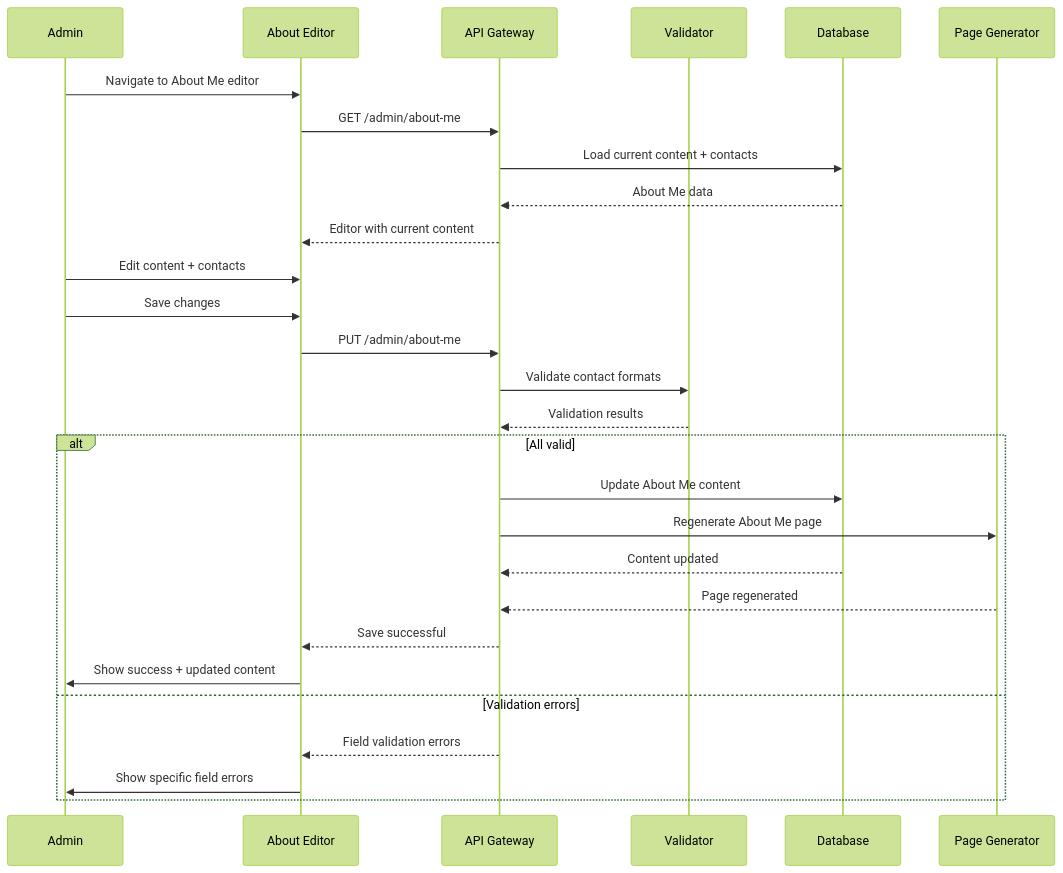
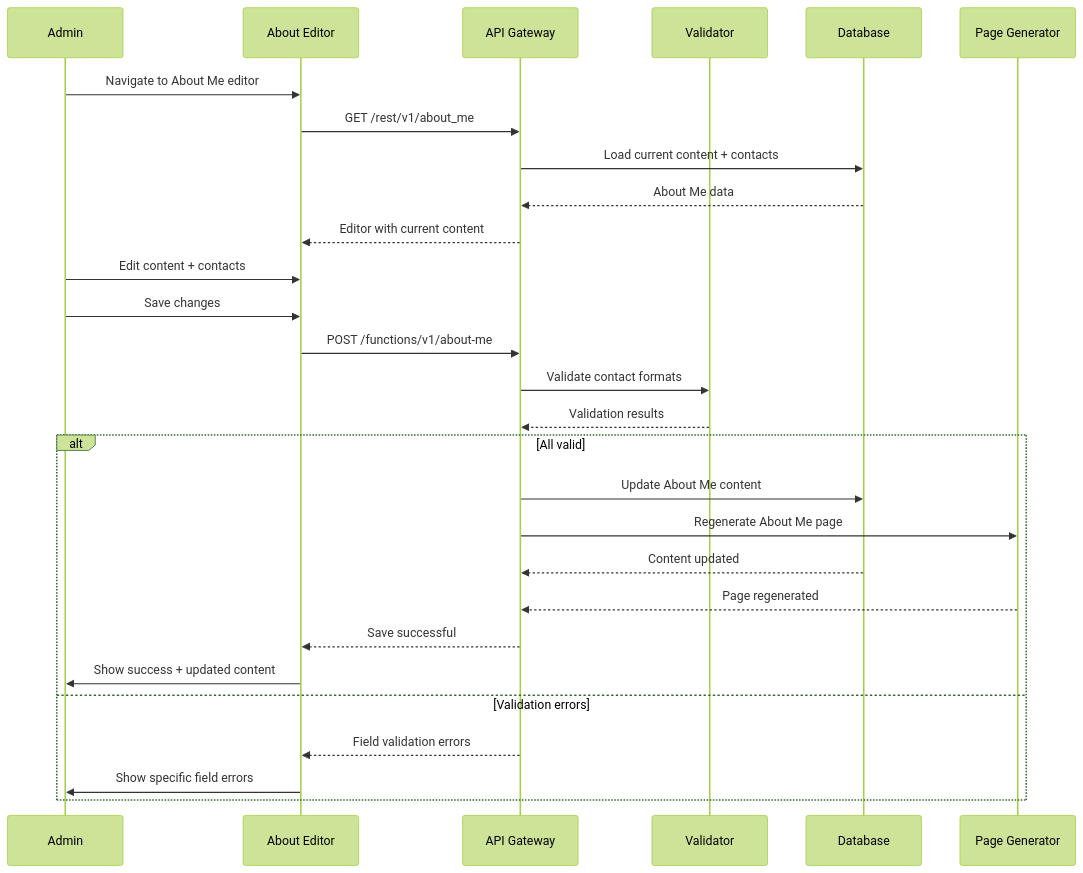
The fourth of 7 diagrams in prd/08-admin-settings.md (jkjan/nowhereland), drawn with Mermaid (forest theme) before and after one commit. The commit also changed other lines of this file and 18 other files, not shown here.

````diff
--- a/prd/08-admin-settings.md
+++ b/prd/08-admin-settings.md
@@ -362,34 +362,34 @@
 ```mermaid
 sequenceDiagram
     participant A as Admin
     participant UI as About Editor
     participant API as API Gateway
     participant VALID as Validator
     participant DB as Database
     participant PAGE as Page Generator
     
     A->>UI: Navigate to About Me editor
-    UI->>API: GET /admin/about-me
+    UI->>API: GET /rest/v1/about_me
     API->>DB: Load current content + contacts
     DB-->>API: About Me data
     API-->>UI: Editor with current content
     
     A->>UI: Edit content + contacts
     A->>UI: Save changes
-    UI->>API: PUT /admin/about-me
+    UI->>API: POST /functions/v1/about-me
     
     API->>VALID: Validate contact formats
     VALID-->>API: Validation results
     
     alt All valid
         API->>DB: Update About Me content
         API->>PAGE: Regenerate About Me page
         DB-->>API: Content updated
         PAGE-->>API: Page regenerated
         API-->>UI: Save successful
         UI->>A: Show success + updated content
     else Validation errors
         API-->>UI: Field validation errors
         UI->>A: Show specific field errors
     end
 ```
````
